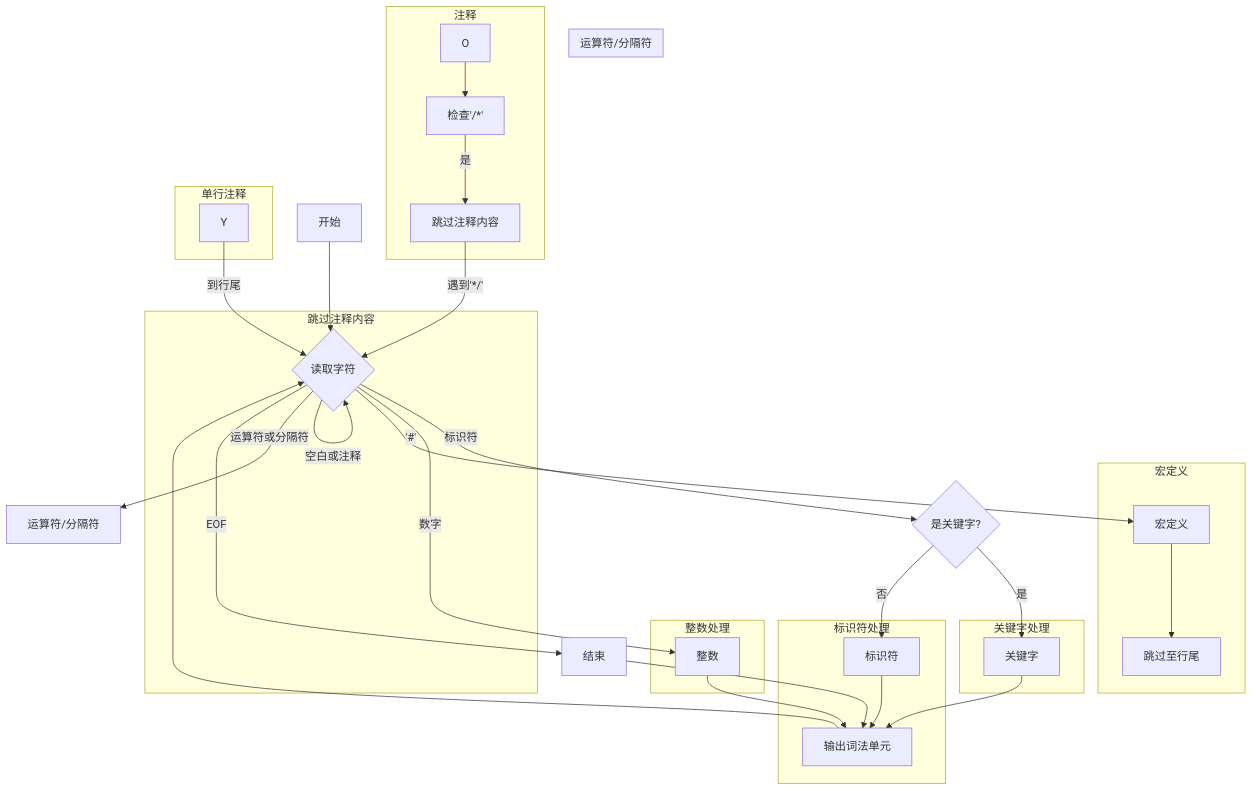
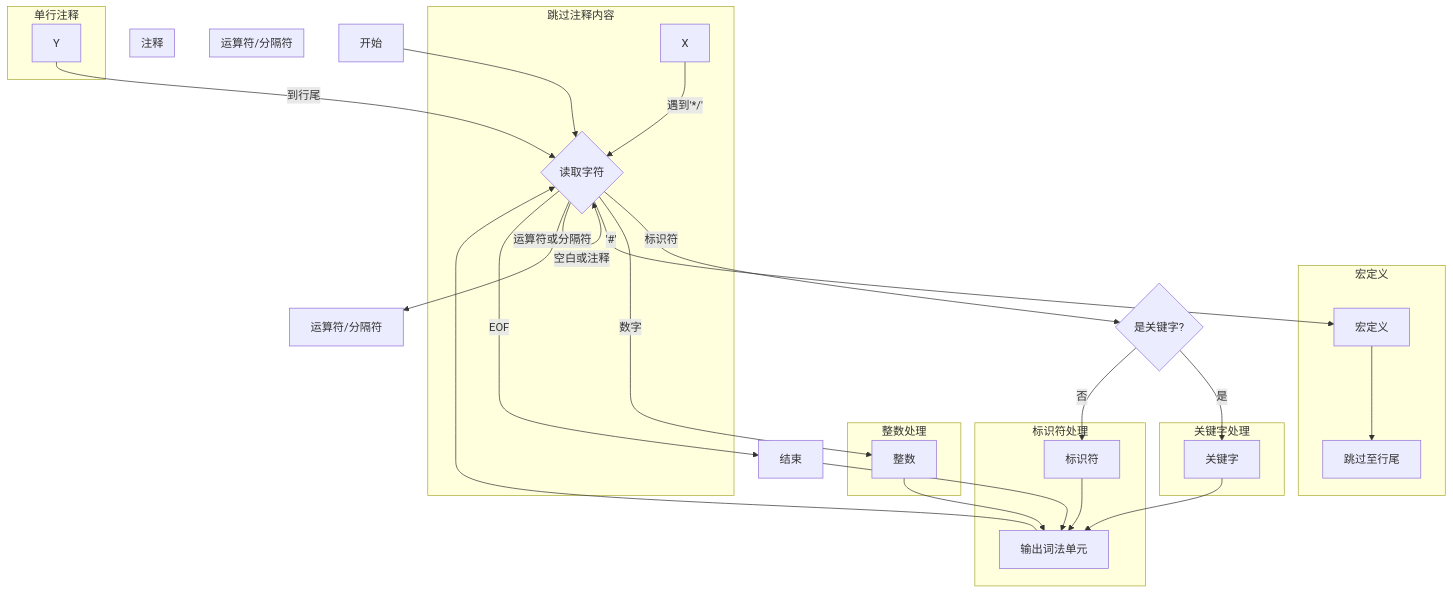
One commit to wjq-ctrl/iodraw-files changed the diagram in all/未命名-1.md. Above: the diagram before and after it, drawn with Mermaid.

Commit message:
2024-09-28 19:47:29 update

````diff
--- a/all/未命名-1.md
+++ b/all/未命名-1.md
@@ -1,56 +1,54 @@
 ```mermaid
 graph TD  
     A[开始] --> B{读取字符}  
   
     B -->|空白或注释| B  
     B -->|标识符| C{是关键字?}  
     B -->|数字| D[整数]  
     B -->|'#'| E[宏定义]  
     B -->|运算符或分隔符| F[运算符/分隔符]  
     B -->|EOF| G[结束]  
   
     C -->|是| H[关键字]  
     C -->|否| I[标识符]  
   
     G --> J[输出词法单元]  
   
     subgraph 宏定义  
     E --> K[跳过至行尾]  
     end  
   
     subgraph 运算符/分隔符  
     
     end  
   
     subgraph 注释  
-    O --> W[检查'/*']  
-    W -->|是| X[跳过注释内容]  
- 
+    
     end  
   
     
   
       
   
     subgraph 标识符处理  
     I --> J  
     end  
   
     subgraph 关键字处理  
     H --> J  
     end  
   
     subgraph 整数处理  
     D --> J  
     end  
   
     subgraph 跳过注释内容  
     X -->|遇到'*/'| B  
     end  
   
     subgraph 单行注释  
     Y -->|到行尾| B  
     end  
   
     J --> B
 ```
````
